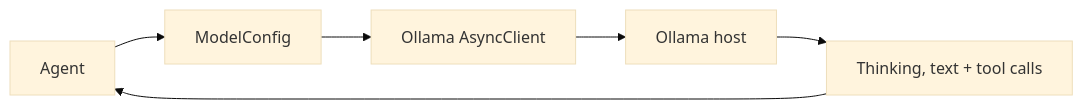
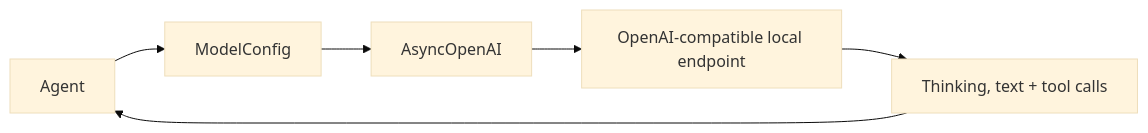
Before and after one commit to LS-Stray-Synapses/Axol: the diagram in docs/Architecture/Model Interface Layer.md, drawn with Mermaid (base theme). The commit also changed other lines of this file and 8 other files, not shown here.

Commit message:
- Reverse to OpenAI api to use llama.cpp for local models - Added reasoning(thinking) mechanism to work with llama.cpp and ollama - Updated docs

````diff
--- a/docs/Architecture/Model Interface Layer.md
+++ b/docs/Architecture/Model Interface Layer.md
@@ -60,8 +66,8 @@
 ```mermaid
 flowchart LR
     Agent[Agent] --> Config[ModelConfig]
-    Config --> Client[Ollama AsyncClient]
-    Client --> Model[Ollama host]
+    Config --> Client[AsyncOpenAI]
+    Client --> Model[OpenAI-compatible local endpoint]
     Model --> Response[Thinking, text + tool calls]
     Response --> Agent
 ```
````
